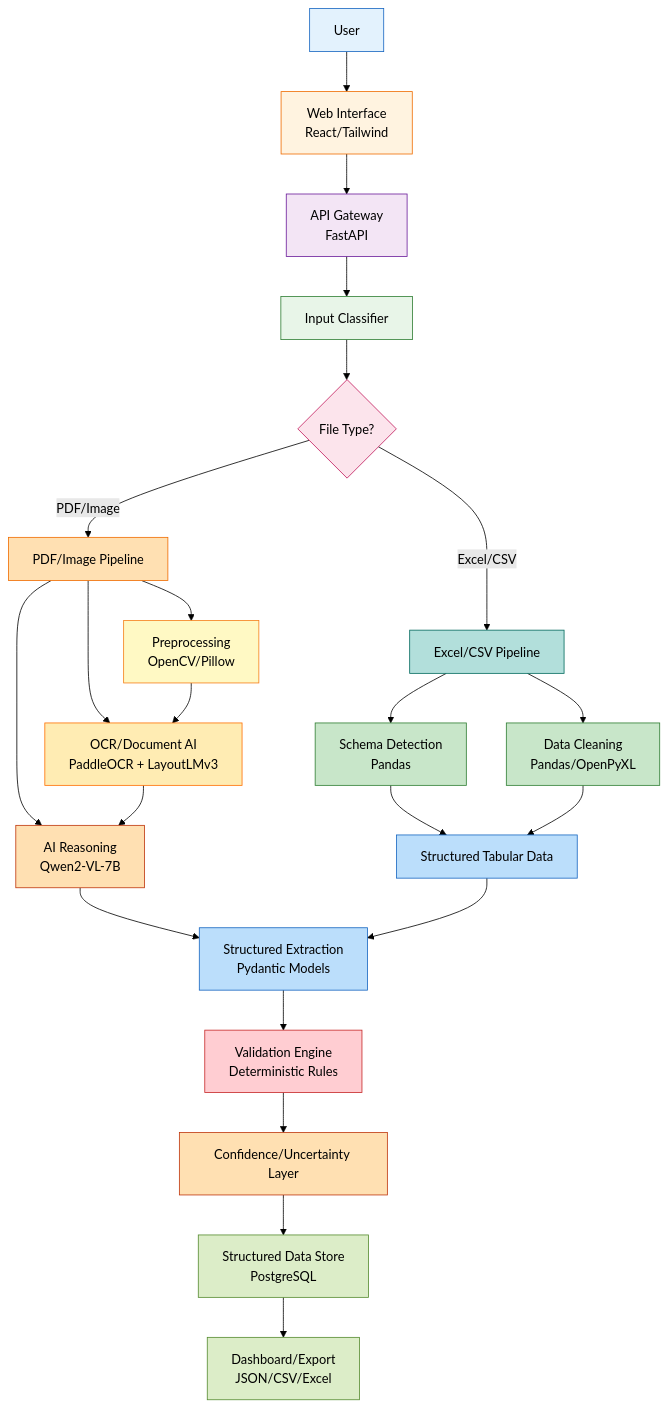
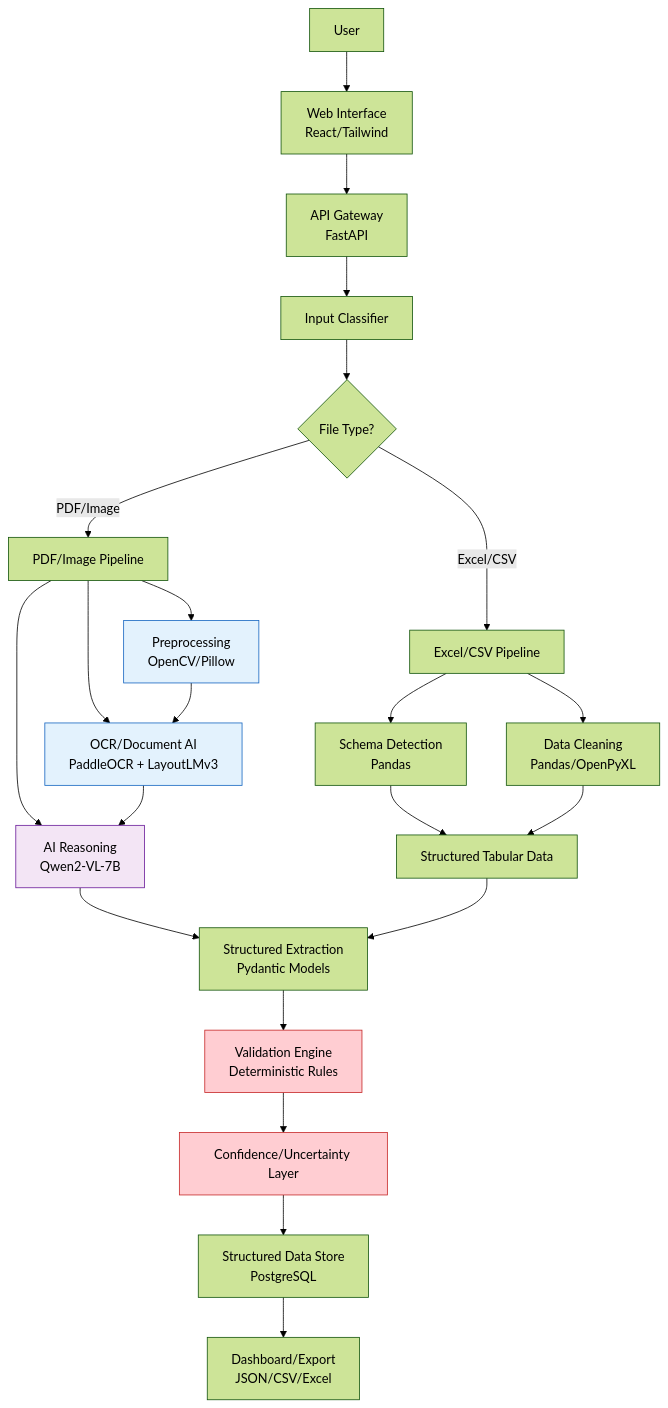
One commit to Aryan-Lade/FinSense changed the first of 3 diagrams in README.md. Above: the diagram before and after it, drawn with Mermaid (forest theme). The commit also changed other lines of this file, not shown here.

````diff
--- a/README.md
+++ b/README.md
@@ -98,42 +206,30 @@
 ```mermaid
 graph TD
     A[User] --> B[Web Interface<br/>React/Tailwind]
     B --> C[API Gateway<br/>FastAPI]
     C --> D[Input Classifier]
     D --> E{File Type?}
     E -->|PDF/Image| F[PDF/Image Pipeline]
     E -->|Excel/CSV| G[Excel/CSV Pipeline]
     F --> H[Preprocessing<br/>OpenCV/Pillow]
     F --> I[OCR/Document AI<br/>PaddleOCR + LayoutLMv3]
     F --> J[AI Reasoning<br/>Qwen2-VL-7B]
     G --> K[Schema Detection<br/>Pandas]
     G --> L[Data Cleaning<br/>Pandas/OpenPyXL]
     H --> I
     I --> J
     K --> M[Structured Tabular Data]
     L --> M
     J --> N[Structured Extraction<br/>Pydantic Models]
     M --> N
     N --> O[Validation Engine<br/>Deterministic Rules]
     O --> P[Confidence/Uncertainty Layer]
     P --> Q[Structured Data Store<br/>PostgreSQL]
     Q --> R[Dashboard/Export<br/>JSON/CSV/Excel]
-    style A fill:#e3f2fd,stroke:#1565c0
-    style B fill:#fff3e0,stroke:#ef6c00
-    style C fill:#f3e5f5,stroke:#6a1b9a
-    style D fill:#e8f5e8,stroke:#2e7d32
-    style E fill:#fce4ec,stroke:#c2185b
-    style F fill:#ffe0b2,stroke:#ef6c00
-    style G fill:#b2dfdb,stroke:#00695c
-    style H fill:#fff9c4,stroke:#f57f17
-    style I fill:#ffecb3,stroke:#ff6f00
-    style J fill:#ffe0b2,stroke:#bf360c
-    style K fill:#c8e6c9,stroke:#2e7d32
-    style L fill:#c8e6c9,stroke:#2e7d32
-    style M fill:#bbdefb,stroke:#1565c0
-    style N fill:#bbdefb,stroke:#1565c0
-    style O fill:#ffcdd2,stroke:#c62828
-    style P fill:#ffe0b2,stroke:#bf360c
-    style Q fill:#dcedc8,stroke:#558b2f
-    style R fill:#dcedc8,stroke:#558b2f
+    classDef perception fill:#e3f2fd,stroke:#1565c0;
+    classDef reasoning fill:#f3e5f5,stroke:#6a1b9a;
+    classDef trust fill:#ffcdd2,stroke:#c62828;
+    class H,I perception;
+    class J reasoning;
+    class O,P trust;
 ```
````
